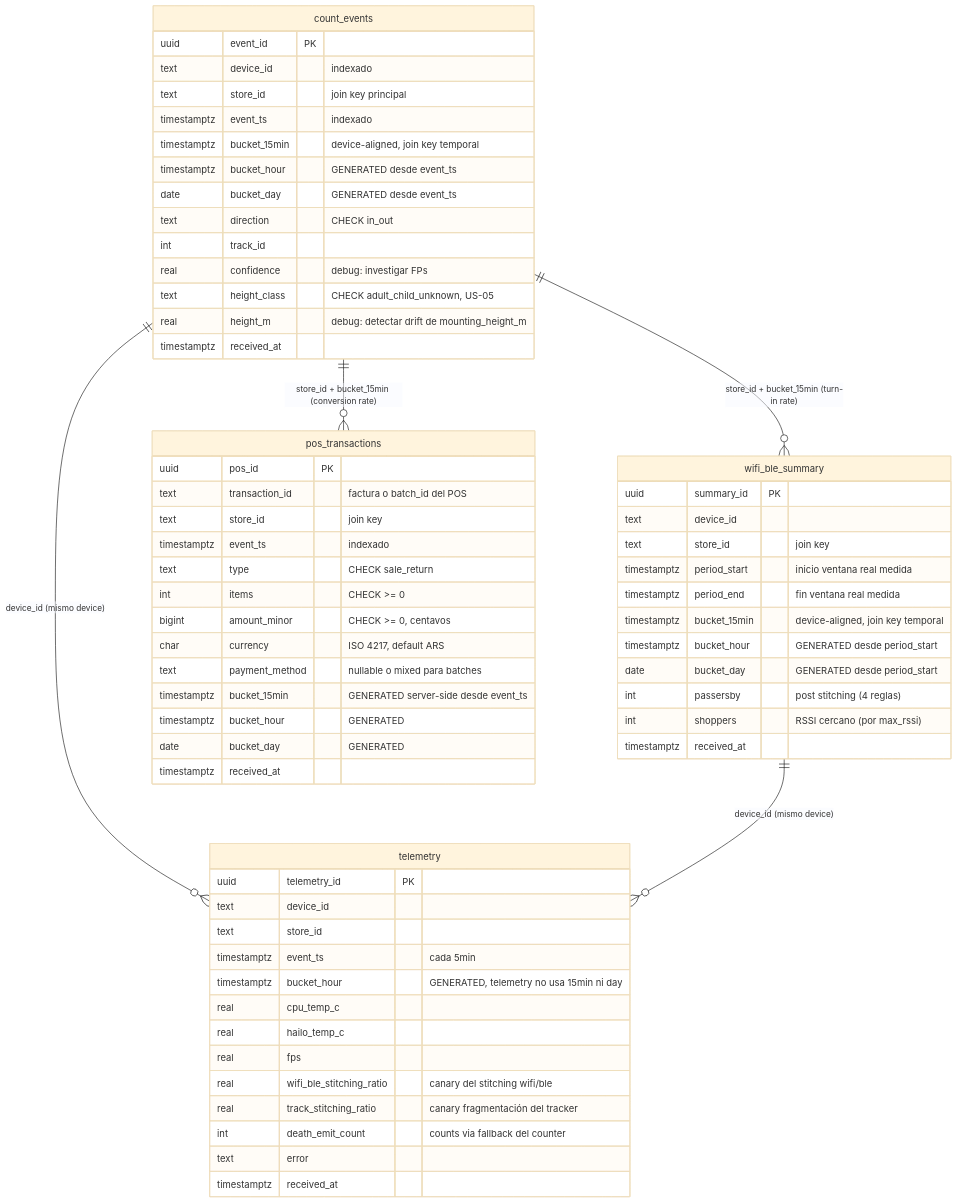
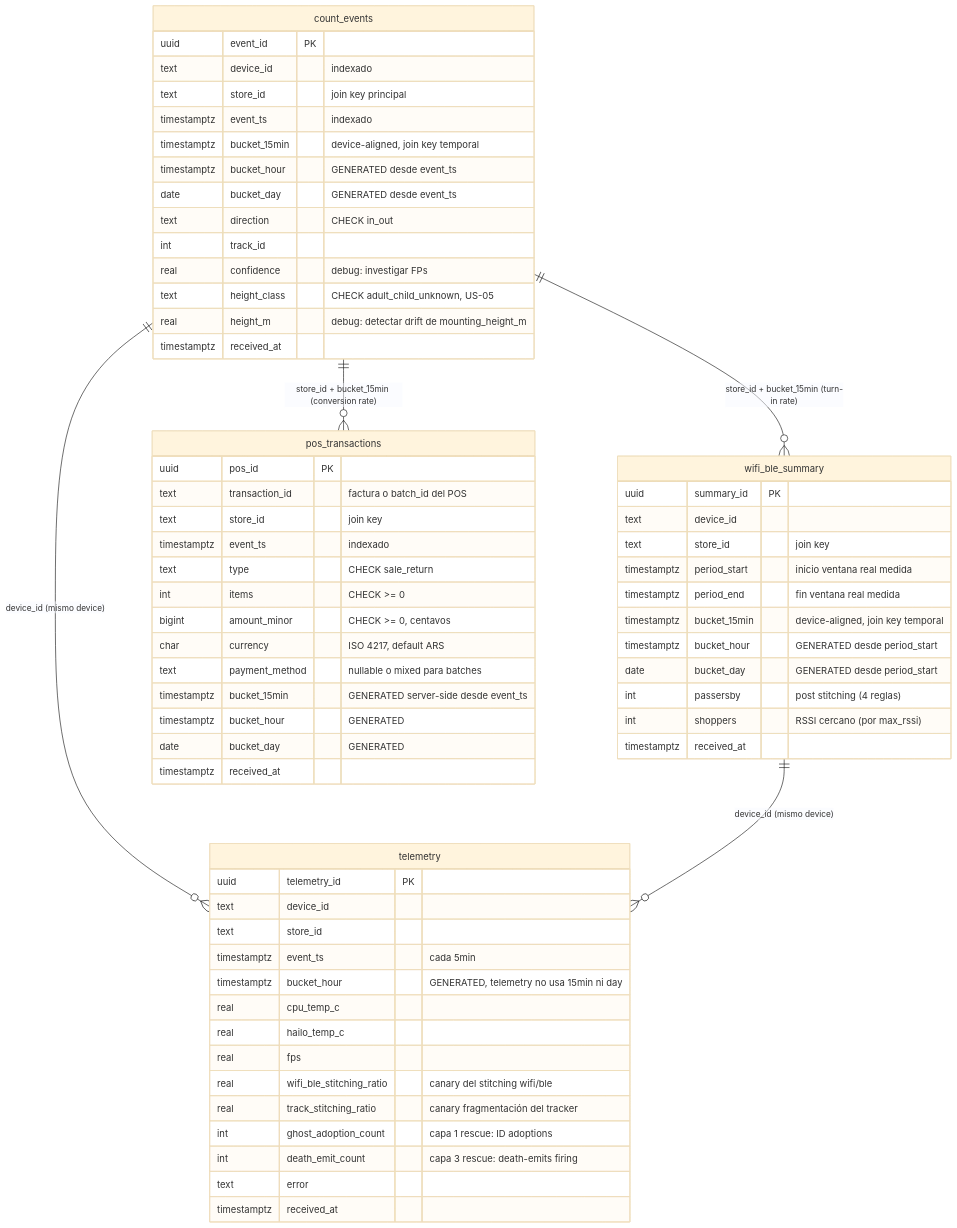
One commit to maurogasparri/people-counter changed the first of 2 diagrams in docs/database_schema.md. Above: the diagram before and after it, drawn with Mermaid (base theme). The commit also changed 10 other files, not shown here.

````diff
--- a/docs/database_schema.md
+++ b/docs/database_schema.md
@@ -22,69 +22,70 @@
 ```mermaid
 erDiagram
     count_events {
         uuid        event_id        PK
         text        device_id       "indexado"
         text        store_id        "join key principal"
         timestamptz event_ts        "indexado"
         timestamptz bucket_15min    "device-aligned, join key temporal"
         timestamptz bucket_hour     "GENERATED desde event_ts"
         date        bucket_day      "GENERATED desde event_ts"
         text        direction       "CHECK in_out"
         int         track_id
         real        confidence      "debug: investigar FPs"
         text        height_class    "CHECK adult_child_unknown, US-05"
         real        height_m        "debug: detectar drift de mounting_height_m"
         timestamptz received_at
     }
 
     wifi_ble_summary {
         uuid        summary_id      PK
         text        device_id
         text        store_id        "join key"
         timestamptz period_start    "inicio ventana real medida"
         timestamptz period_end      "fin ventana real medida"
         timestamptz bucket_15min    "device-aligned, join key temporal"
         timestamptz bucket_hour     "GENERATED desde period_start"
         date        bucket_day      "GENERATED desde period_start"
         int         passersby       "post stitching (4 reglas)"
         int         shoppers        "RSSI cercano (por max_rssi)"
         timestamptz received_at
     }
 
     telemetry {
         uuid        telemetry_id    PK
         text        device_id
         text        store_id
         timestamptz event_ts        "cada 5min"
         timestamptz bucket_hour     "GENERATED, telemetry no usa 15min ni day"
         real        cpu_temp_c
         real        hailo_temp_c
         real        fps
         real        wifi_ble_stitching_ratio "canary del stitching wifi/ble"
         real        track_stitching_ratio    "canary fragmentación del tracker"
-        int         death_emit_count         "counts via fallback del counter"
+        int         ghost_adoption_count     "capa 1 rescue: ID adoptions"
+        int         death_emit_count         "capa 3 rescue: death-emits firing"
         text        error
         timestamptz received_at
     }
 
     pos_transactions {
         uuid        pos_id          PK
         text        transaction_id  "factura o batch_id del POS"
         text        store_id        "join key"
         timestamptz event_ts        "indexado"
         text        type            "CHECK sale_return"
         int         items           "CHECK >= 0"
         bigint      amount_minor    "CHECK >= 0, centavos"
         char        currency        "ISO 4217, default ARS"
         text        payment_method  "nullable o mixed para batches"
         timestamptz bucket_15min    "GENERATED server-side desde event_ts"
         timestamptz bucket_hour     "GENERATED"
         date        bucket_day      "GENERATED"
         timestamptz received_at
     }
 
     count_events     ||--o{ wifi_ble_summary  : "store_id + bucket_15min (turn-in rate)"
     count_events     ||--o{ pos_transactions  : "store_id + bucket_15min (conversion rate)"
     count_events     ||--o{ telemetry         : "device_id (mismo device)"
     wifi_ble_summary ||--o{ telemetry         : "device_id (mismo device)"
 ```
````
